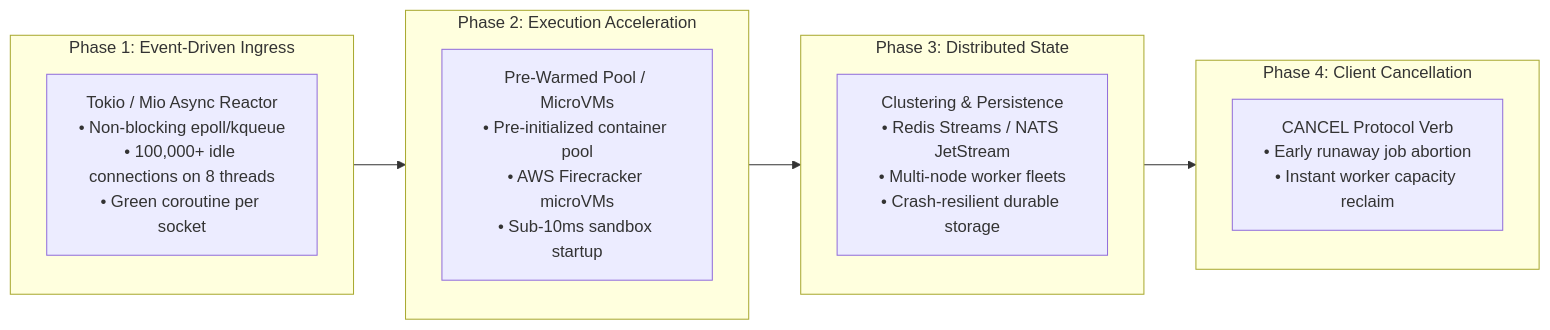
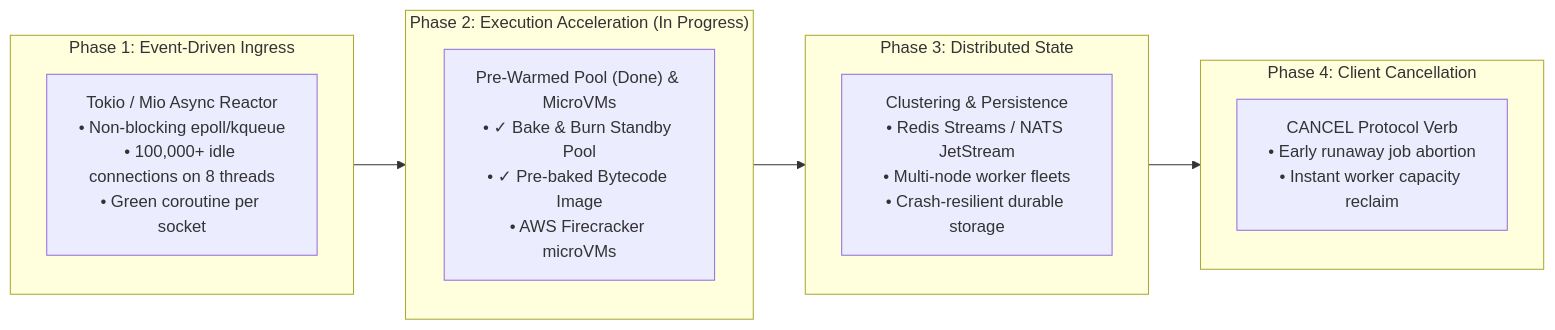
The third of 3 diagrams in architecture.md (Chinmay-Mahajan/Distributed_Job_system_non_blocking), drawn with Mermaid before and after one commit. The commit also changed other lines of this file and 10 other files, not shown here.

Commit message:
Added Warm Pre-Baked Containers

````diff
--- a/architecture.md
+++ b/architecture.md
@@ -316,20 +367,20 @@
 ```mermaid
 flowchart LR
     subgraph Phase1["Phase 1: Event-Driven Ingress"]
         P1["Tokio / Mio Async Reactor<br/>• Non-blocking epoll/kqueue<br/>• 100,000+ idle connections on 8 threads<br/>• Green coroutine per socket"]
     end
 
-    subgraph Phase2["Phase 2: Execution Acceleration"]
-        P2["Pre-Warmed Pool / MicroVMs<br/>• Pre-initialized container pool<br/>• AWS Firecracker microVMs<br/>• Sub-10ms sandbox startup"]
+    subgraph Phase2["Phase 2: Execution Acceleration (In Progress)"]
+        P2["Pre-Warmed Pool (Done) & MicroVMs<br/>• ✓ Bake & Burn Standby Pool<br/>• ✓ Pre-baked Bytecode Image<br/>• AWS Firecracker microVMs"]
     end
 
     subgraph Phase3["Phase 3: Distributed State"]
         P3["Clustering & Persistence<br/>• Redis Streams / NATS JetStream<br/>• Multi-node worker fleets<br/>• Crash-resilient durable storage"]
     end
 
     subgraph Phase4["Phase 4: Client Cancellation"]
         P4["CANCEL Protocol Verb<br/>• Early runaway job abortion<br/>• Instant worker capacity reclaim"]
     end
 
     Phase1 --> Phase2 --> Phase3 --> Phase4
 ```
````
